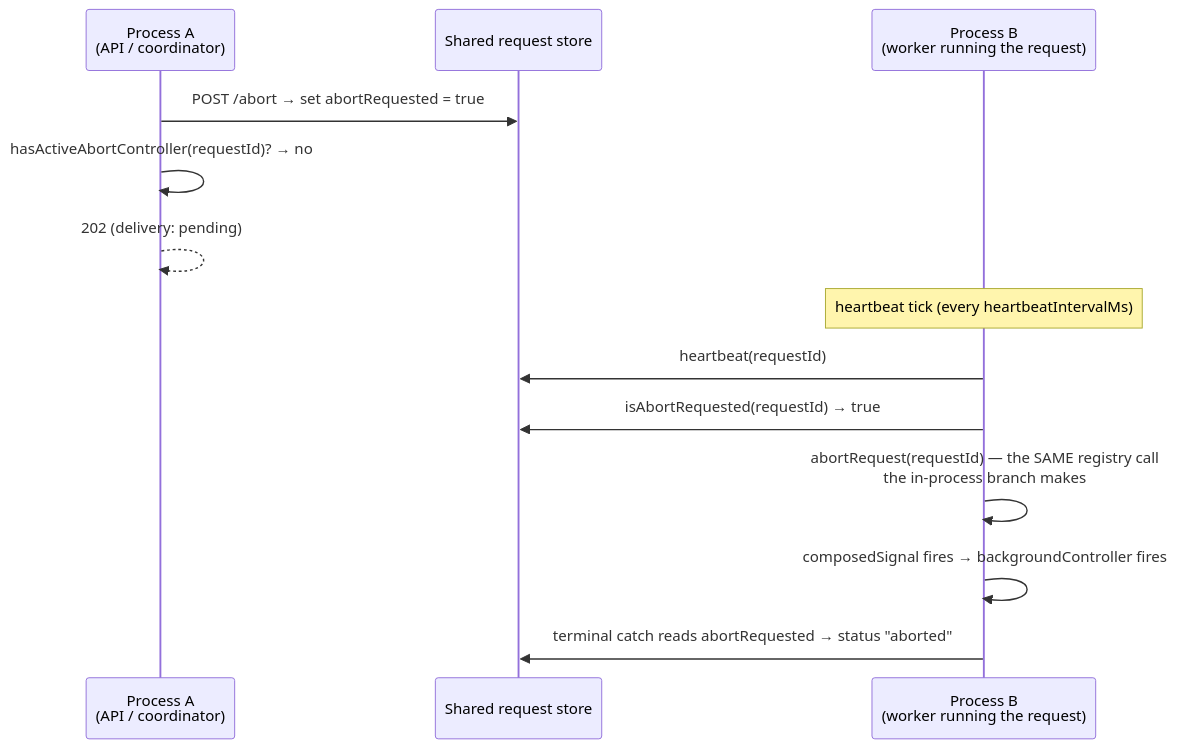
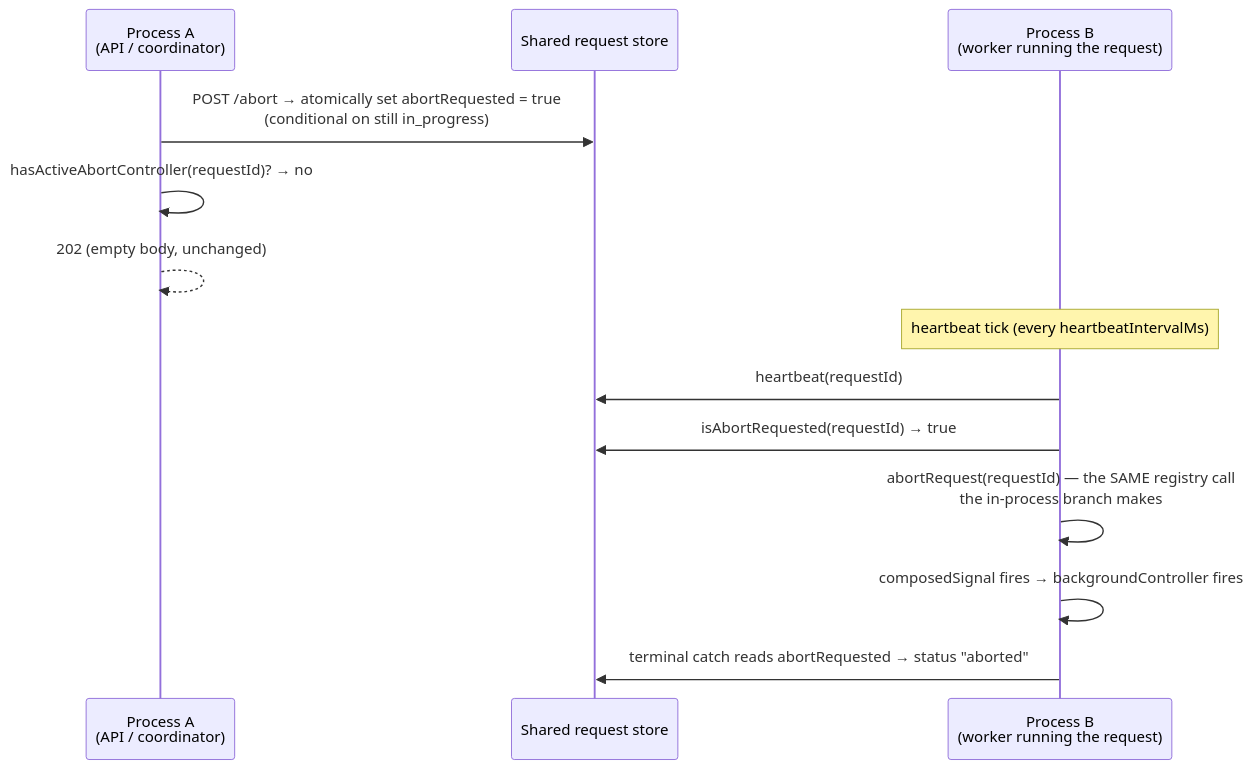
Before and after one commit to fixpoint-labs/flow-state-dev: the diagram in spec/FIX-1026.md, drawn with Mermaid. The commit also changed other lines of this file, not shown here.

First line of the commit message:
spec(FIX-1026): fold review round 1 — atomic abort write, delivery latch, required narrow read

````diff
--- a/spec/FIX-1026.md
+++ b/spec/FIX-1026.md
@@ -203,16 +255,16 @@
 ```mermaid
 sequenceDiagram
   participant A as Process A<br/>(API / coordinator)
   participant S as Shared request store
   participant B as Process B<br/>(worker running the request)
 
-  A->>S: POST /abort → set abortRequested = true
+  A->>S: POST /abort → atomically set abortRequested = true<br/>(conditional on still in_progress)
   A->>A: hasActiveAbortController(requestId)? → no
-  A-->>A: 202 (delivery: pending)
+  A-->>A: 202 (empty body, unchanged)
   Note over B: heartbeat tick (every heartbeatIntervalMs)
   B->>S: heartbeat(requestId)
   B->>S: isAbortRequested(requestId) → true
   B->>B: abortRequest(requestId) — the SAME registry call<br/>the in-process branch makes
   B->>B: composedSignal fires → backgroundController fires
   B->>S: terminal catch reads abortRequested → status "aborted"
 ```
````
